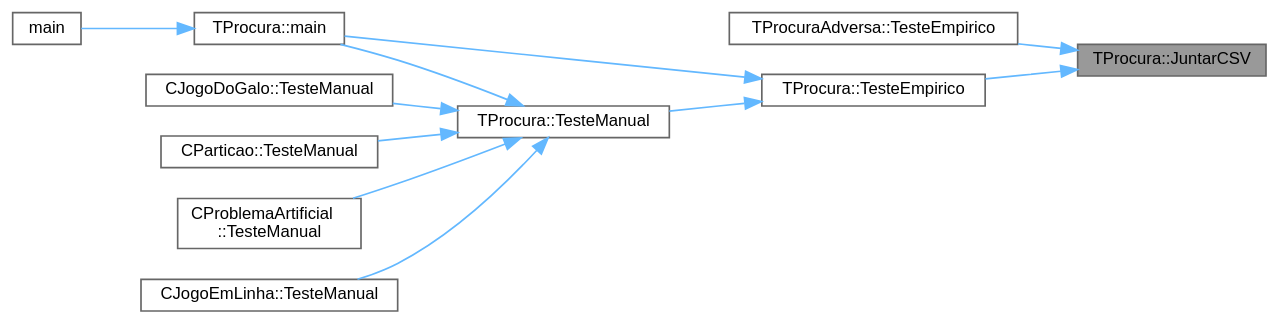
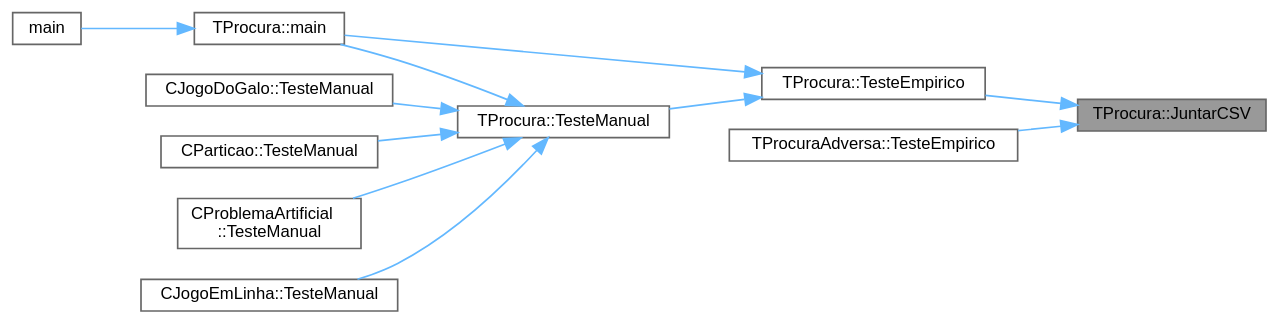
The diagram in classTProcura_a7a323608db4326cb4f9901e324881035_icgraph.dot (jcoelho72/TProcura), drawn with Graphviz before and after one commit. The commit also changed 252 other files, not shown here.

```diff
--- a/classTProcura_a7a323608db4326cb4f9901e324881035_icgraph.dot
+++ b/classTProcura_a7a323608db4326cb4f9901e324881035_icgraph.dot
@@ -1,28 +1,28 @@
 digraph "TProcura::JuntarCSV"
 {
  // LATEX_PDF_SIZE
   bgcolor="transparent";
   edge [fontname=Helvetica,fontsize=10,labelfontname=Helvetica,labelfontsize=10];
   node [fontname=Helvetica,fontsize=10,shape=box,height=0.2,width=0.4];
   rankdir="RL";
   Node1 [id="Node000001",label="TProcura::JuntarCSV",height=0.2,width=0.4,color="gray40", fillcolor="grey60", style="filled", fontcolor="black",tooltip="Juntar ficheiros CSV gerados por diferentes processos MPI em um único ficheiro."];
   Node1 -> Node2 [id="edge1_Node000001_Node000002",dir="back",color="steelblue1",style="solid",tooltip=" "];
-  Node2 [id="Node000002",label="TProcuraAdversa::TesteEmpirico",height=0.2,width=0.4,color="grey40", fillcolor="white", style="filled",URL="$classTProcuraAdversa.html#a80cd0f481e853ad9ef5625c6ff4dcc66",tooltip=" "];
-  Node1 -> Node3 [id="edge2_Node000001_Node000003",dir="back",color="steelblue1",style="solid",tooltip=" "];
-  Node3 [id="Node000003",label="TProcura::TesteEmpirico",height=0.2,width=0.4,color="grey40", fillcolor="white", style="filled",URL="$classTProcura.html#a8c1c5953b4f1a6425840194f6e849b37",tooltip="Executa testes empíricos, em todas as configurações guardadas, nas instâncias selecionadas."];
+  Node2 [id="Node000002",label="TProcura::TesteEmpirico",height=0.2,width=0.4,color="grey40", fillcolor="white", style="filled",URL="$classTProcura.html#a8c1c5953b4f1a6425840194f6e849b37",tooltip="Executa testes empíricos, em todas as configurações guardadas, nas instâncias selecionadas."];
+  Node2 -> Node3 [id="edge2_Node000002_Node000003",dir="back",color="steelblue1",style="solid",tooltip=" "];
+  Node3 [id="Node000003",label="TProcura::main",height=0.2,width=0.4,color="grey40", fillcolor="white", style="filled",URL="$classTProcura.html#a8efd6f9c08b28effd32ab3ed07b4f70e",tooltip="Inicializa a interação com o utilizador."];
   Node3 -> Node4 [id="edge3_Node000003_Node000004",dir="back",color="steelblue1",style="solid",tooltip=" "];
-  Node4 [id="Node000004",label="TProcura::main",height=0.2,width=0.4,color="grey40", fillcolor="white", style="filled",URL="$classTProcura.html#a8efd6f9c08b28effd32ab3ed07b4f70e",tooltip="Inicializa a interação com o utilizador."];
-  Node4 -> Node5 [id="edge4_Node000004_Node000005",dir="back",color="steelblue1",style="solid",tooltip=" "];
-  Node5 [id="Node000005",label="main",height=0.2,width=0.4,color="grey40", fillcolor="white", style="filled",URL="$Adversa_2Teste_2teste_8cpp.html#a0ddf1224851353fc92bfbff6f499fa97",tooltip=" "];
-  Node3 -> Node6 [id="edge5_Node000003_Node000006",dir="back",color="steelblue1",style="solid",tooltip=" "];
-  Node6 [id="Node000006",label="TProcura::TesteManual",height=0.2,width=0.4,color="grey40", fillcolor="white", style="filled",URL="$classTProcura.html#a8331059908495f9a915ada39424ca27c",tooltip="Inicializa a interação com o utilizador."];
-  Node6 -> Node4 [id="edge6_Node000006_Node000004",dir="back",color="steelblue1",style="solid",tooltip=" "];
-  Node6 -> Node7 [id="edge7_Node000006_Node000007",dir="back",color="steelblue1",style="solid",tooltip=" "];
-  Node7 [id="Node000007",label="CJogoDoGalo::TesteManual",height=0.2,width=0.4,color="grey40", fillcolor="white", style="filled",URL="$classCJogoDoGalo.html#a113984a3801a93ebce61e0a700a413ab",tooltip=" "];
-  Node6 -> Node8 [id="edge8_Node000006_Node000008",dir="back",color="steelblue1",style="solid",tooltip=" "];
-  Node8 [id="Node000008",label="CParticao::TesteManual",height=0.2,width=0.4,color="grey40", fillcolor="white", style="filled",URL="$classCParticao.html#aa4d328b9944991f3fc52ce0726111865",tooltip=" "];
-  Node6 -> Node9 [id="edge9_Node000006_Node000009",dir="back",color="steelblue1",style="solid",tooltip=" "];
-  Node9 [id="Node000009",label="CProblemaArtificial\l::TesteManual",height=0.2,width=0.4,color="grey40", fillcolor="white", style="filled",URL="$classCProblemaArtificial.html#abaad629eb538177261df40e1e27e92ed",tooltip=" "];
-  Node6 -> Node10 [id="edge10_Node000006_Node000010",dir="back",color="steelblue1",style="solid",tooltip=" "];
-  Node10 [id="Node000010",label="CJogoEmLinha::TesteManual",height=0.2,width=0.4,color="grey40", fillcolor="white", style="filled",URL="$classCJogoEmLinha.html#a605b4293eeaed3fd542afe36edcc8d51",tooltip="Inicializa a interação com o utilizador."];
+  Node4 [id="Node000004",label="main",height=0.2,width=0.4,color="grey40", fillcolor="white", style="filled",URL="$Adversa_2Teste_2teste_8cpp.html#a0ddf1224851353fc92bfbff6f499fa97",tooltip=" "];
+  Node2 -> Node5 [id="edge4_Node000002_Node000005",dir="back",color="steelblue1",style="solid",tooltip=" "];
+  Node5 [id="Node000005",label="TProcura::TesteManual",height=0.2,width=0.4,color="grey40", fillcolor="white", style="filled",URL="$classTProcura.html#a8331059908495f9a915ada39424ca27c",tooltip="Inicializa a interação com o utilizador."];
+  Node5 -> Node3 [id="edge5_Node000005_Node000003",dir="back",color="steelblue1",style="solid",tooltip=" "];
+  Node5 -> Node6 [id="edge6_Node000005_Node000006",dir="back",color="steelblue1",style="solid",tooltip=" "];
+  Node6 [id="Node000006",label="CJogoDoGalo::TesteManual",height=0.2,width=0.4,color="grey40", fillcolor="white", style="filled",URL="$classCJogoDoGalo.html#a113984a3801a93ebce61e0a700a413ab",tooltip=" "];
+  Node5 -> Node7 [id="edge7_Node000005_Node000007",dir="back",color="steelblue1",style="solid",tooltip=" "];
+  Node7 [id="Node000007",label="CParticao::TesteManual",height=0.2,width=0.4,color="grey40", fillcolor="white", style="filled",URL="$classCParticao.html#aa4d328b9944991f3fc52ce0726111865",tooltip=" "];
+  Node5 -> Node8 [id="edge8_Node000005_Node000008",dir="back",color="steelblue1",style="solid",tooltip=" "];
+  Node8 [id="Node000008",label="CProblemaArtificial\l::TesteManual",height=0.2,width=0.4,color="grey40", fillcolor="white", style="filled",URL="$classCProblemaArtificial.html#abaad629eb538177261df40e1e27e92ed",tooltip=" "];
+  Node5 -> Node9 [id="edge9_Node000005_Node000009",dir="back",color="steelblue1",style="solid",tooltip=" "];
+  Node9 [id="Node000009",label="CJogoEmLinha::TesteManual",height=0.2,width=0.4,color="grey40", fillcolor="white", style="filled",URL="$classCJogoEmLinha.html#a605b4293eeaed3fd542afe36edcc8d51",tooltip="Inicializa a interação com o utilizador."];
+  Node1 -> Node10 [id="edge10_Node000001_Node000010",dir="back",color="steelblue1",style="solid",tooltip=" "];
+  Node10 [id="Node000010",label="TProcuraAdversa::TesteEmpirico",height=0.2,width=0.4,color="grey40", fillcolor="white", style="filled",URL="$classTProcuraAdversa.html#a28a5f137a2b5aa8d783646d2fbbff511",tooltip="Executa testes empíricos, em todas as configurações guardadas, nas instâncias selecionadas."];
 }
```
